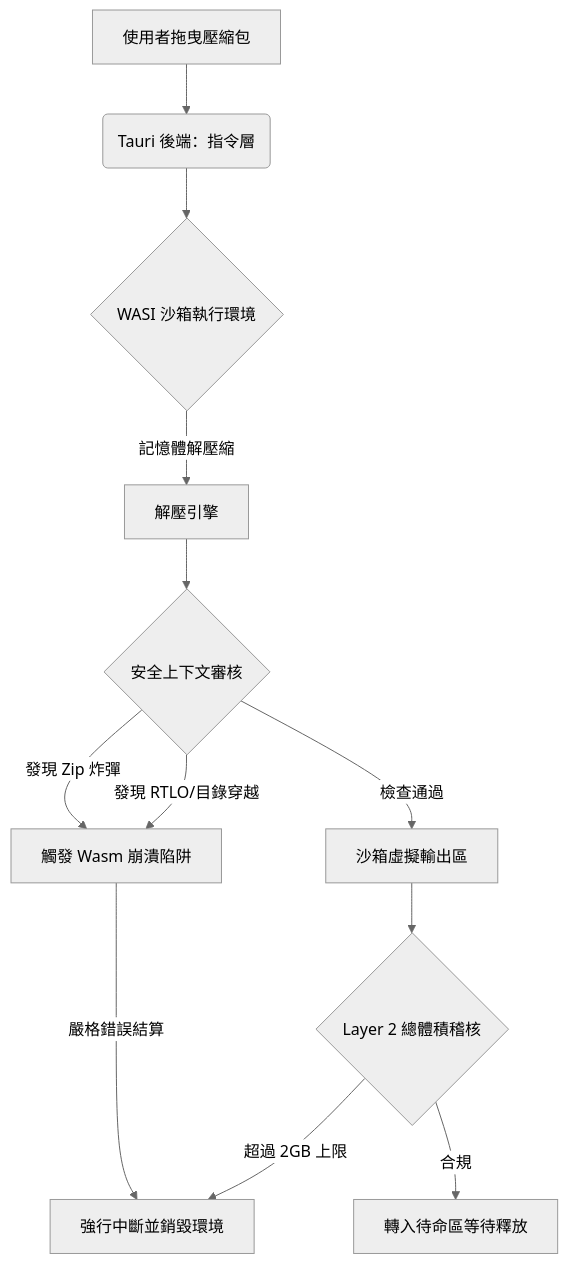
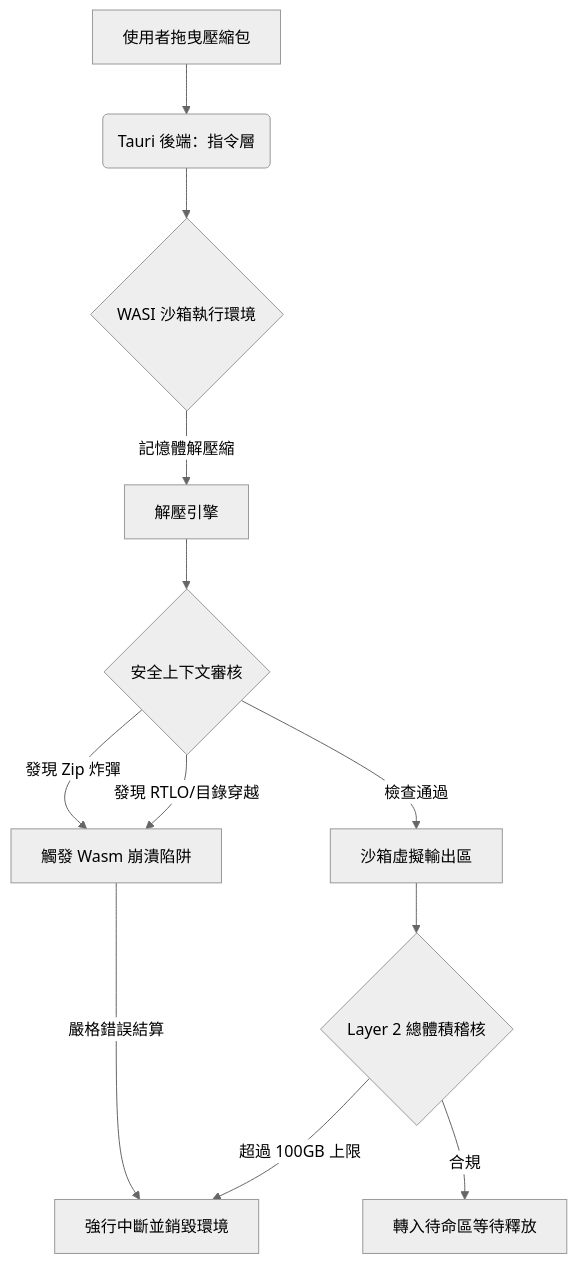
Before and after one commit to Cyber-Sec-Space/zdefuser: the second of 2 diagrams in README.md, drawn with Mermaid (neutral theme). The commit also changed 2 other files, not shown here.

Commit message:
docs(sync): patch obsolete 2GB diagram claim in readme and fix broken absolute open-graph url in html

````diff
--- a/README.md
+++ b/README.md
@@ -105,18 +105,18 @@
 ```mermaid
 graph TD;
     A[使用者拖曳壓縮包] --> B(Tauri 後端：指令層);
     B --> C{WASI 沙箱執行環境};
     
     C -->|記憶體解壓縮| D[解壓引擎];
     D --> E{安全上下文審核};
     
     E -->|發現 Zip 炸彈| F[觸發 Wasm 崩潰陷阱];
     E -->|發現 RTLO/目錄穿越| F[觸發 Wasm 崩潰陷阱];
     E -->|檢查通過| G[沙箱虛擬輸出區];
     
     F -->|嚴格錯誤結算| H[強行中斷並銷毀環境];
     G --> I{Layer 2 總體積稽核};
     
-    I -->|超過 2GB 上限| H;
+    I -->|超過 100GB 上限| H;
     I -->|合規| J[轉入待命區等待釋放];
 ```
````
